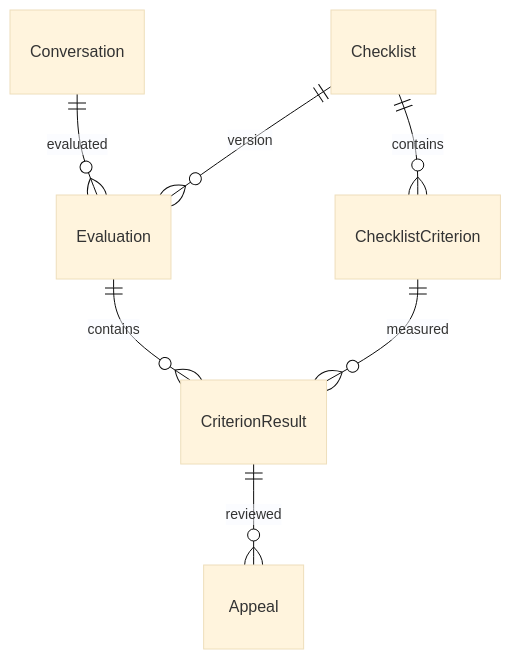
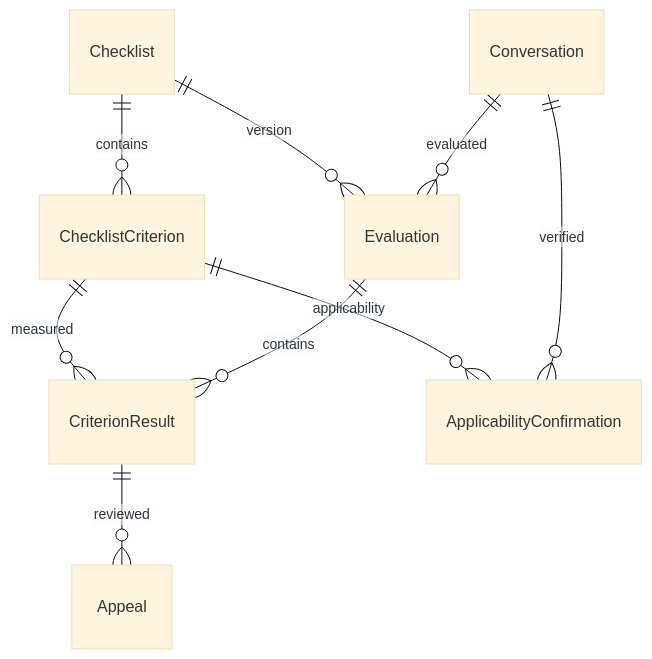
One commit to zhkaznel7/CQA changed the diagram in backend/docs/database.md. Above: the diagram before and after it, drawn with Mermaid (base theme). The commit also changed other lines of this file and 36 other files, not shown here.

````diff
--- a/backend/docs/database.md
+++ b/backend/docs/database.md
@@ -3,9 +3,11 @@
 ```mermaid
 erDiagram
     Conversation ||--o{ Evaluation : evaluated
     Checklist ||--o{ Evaluation : version
     Checklist ||--o{ ChecklistCriterion : contains
     Evaluation ||--o{ CriterionResult : contains
     ChecklistCriterion ||--o{ CriterionResult : measured
     CriterionResult ||--o{ Appeal : reviewed
+    Conversation ||--o{ ApplicabilityConfirmation : verified
+    ChecklistCriterion ||--o{ ApplicabilityConfirmation : applicability
 ```
````
